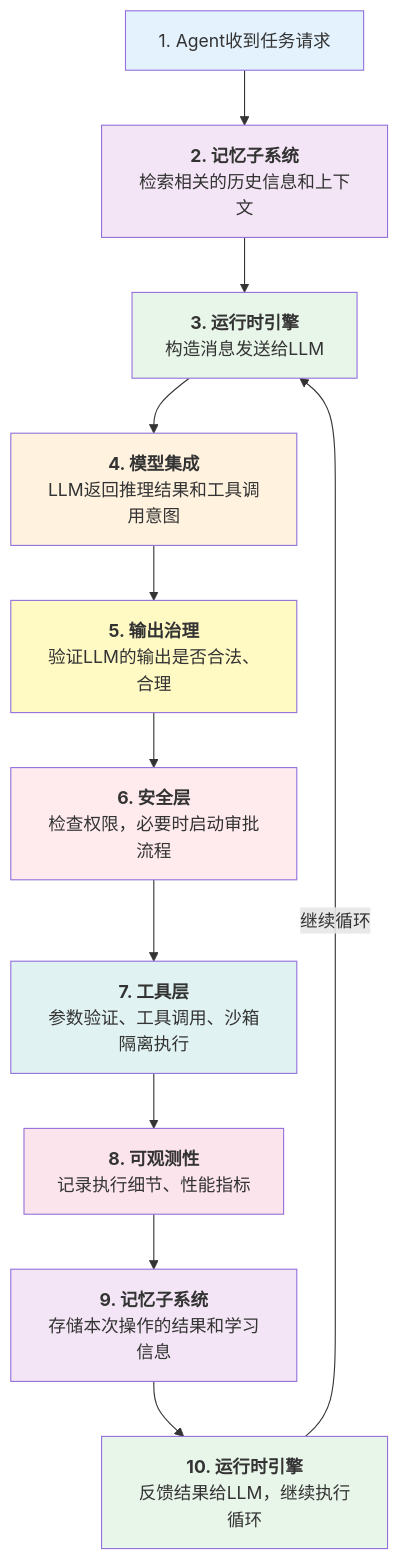
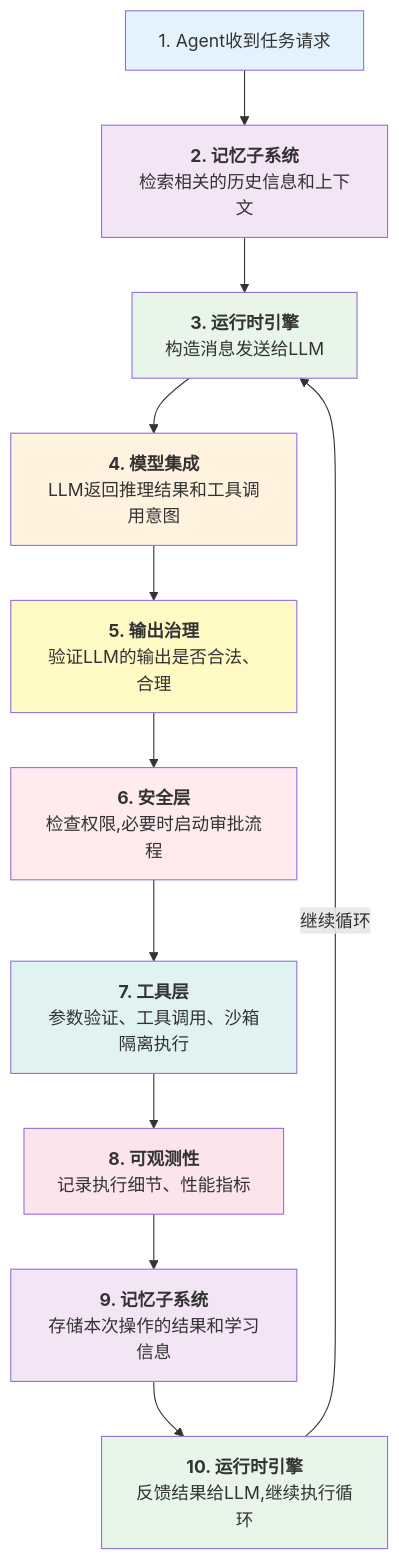
Before and after one commit to yeasy/harness_engineering_guide: the fourth of 4 diagrams in 01_harness_intro/1.3_subsystems.md, drawn with Mermaid. The commit also changed other lines of this file and 94 other files, not shown here.

````diff
--- a/01_harness_intro/1.3_subsystems.md
+++ b/01_harness_intro/1.3_subsystems.md
@@ -220,24 +220,24 @@
 ```mermaid
 flowchart TD
     A["1. Agent收到任务请求"] --> B["<b>2. 记忆子系统</b><br/>检索相关的历史信息和上下文"]
     B --> C["<b>3. 运行时引擎</b><br/>构造消息发送给LLM"]
     C --> D["<b>4. 模型集成</b><br/>LLM返回推理结果和工具调用意图"]
     D --> E["<b>5. 输出治理</b><br/>验证LLM的输出是否合法、合理"]
-    E --> F["<b>6. 安全层</b><br/>检查权限，必要时启动审批流程"]
+    E --> F["<b>6. 安全层</b><br/>检查权限,必要时启动审批流程"]
     F --> G["<b>7. 工具层</b><br/>参数验证、工具调用、沙箱隔离执行"]
     G --> H["<b>8. 可观测性</b><br/>记录执行细节、性能指标"]
     H --> I["<b>9. 记忆子系统</b><br/>存储本次操作的结果和学习信息"]
-    I --> J["<b>10. 运行时引擎</b><br/>反馈结果给LLM，继续执行循环"]
+    I --> J["<b>10. 运行时引擎</b><br/>反馈结果给LLM,继续执行循环"]
     J -->|继续循环| C
 
     style A fill:#e3f2fd
     style B fill:#f3e5f5
     style C fill:#e8f5e9
     style D fill:#fff3e0
     style E fill:#fff9c4
     style F fill:#ffebee
     style G fill:#e0f2f1
     style H fill:#fce4ec
     style I fill:#f3e5f5
     style J fill:#e8f5e9
 ```
````
